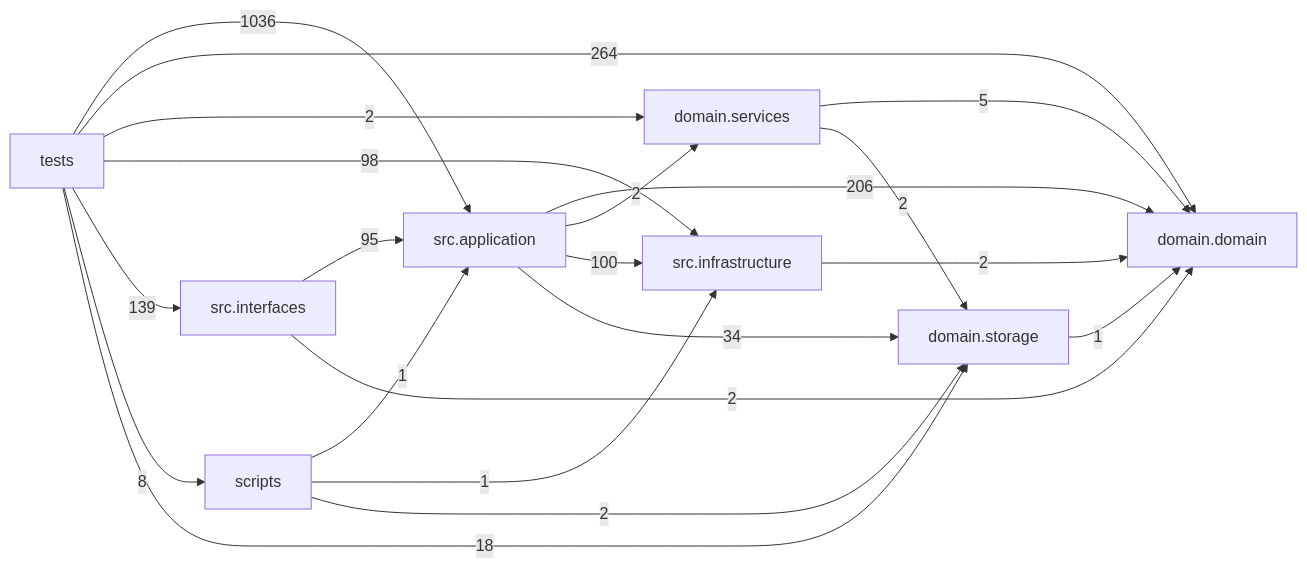
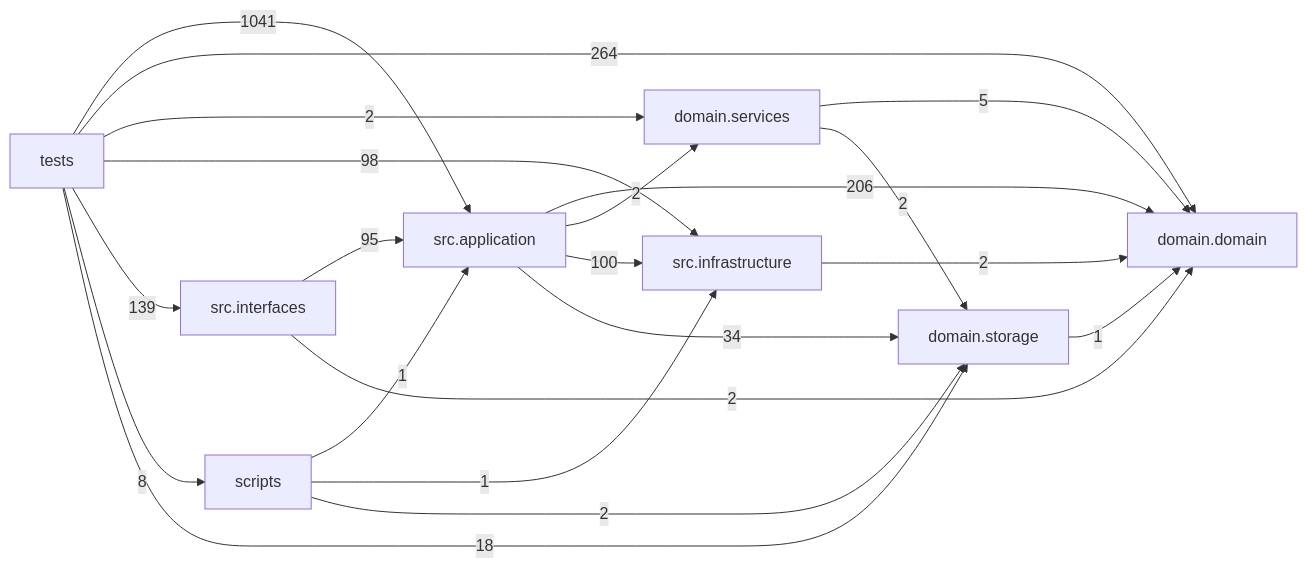
Before and after one commit to liuxie066/options-monitor: the diagram in docs/DEPENDENCY_GRAPH.md, drawn with Mermaid. The commit also changed other lines of this file and 16 other files, not shown here.

````diff
--- a/docs/DEPENDENCY_GRAPH.md
+++ b/docs/DEPENDENCY_GRAPH.md
@@ -24,31 +24,31 @@
 ```mermaid
 flowchart LR
   tests["tests"]
   scripts["scripts"]
   interfaces["src.interfaces"]
   application["src.application"]
   infrastructure["src.infrastructure"]
   domain_services["domain.services"]
   domain["domain.domain"]
   storage["domain.storage"]
   application -->|206| domain
   application -->|2| domain_services
   application -->|100| infrastructure
   application -->|34| storage
   domain_services -->|5| domain
   domain_services -->|2| storage
   infrastructure -->|2| domain
   interfaces -->|95| application
   interfaces -->|2| domain
   scripts -->|1| application
   scripts -->|1| infrastructure
   scripts -->|2| storage
   storage -->|1| domain
-  tests -->|1036| application
+  tests -->|1041| application
   tests -->|264| domain
   tests -->|2| domain_services
   tests -->|98| infrastructure
   tests -->|139| interfaces
   tests -->|8| scripts
   tests -->|18| storage
 ```
````
